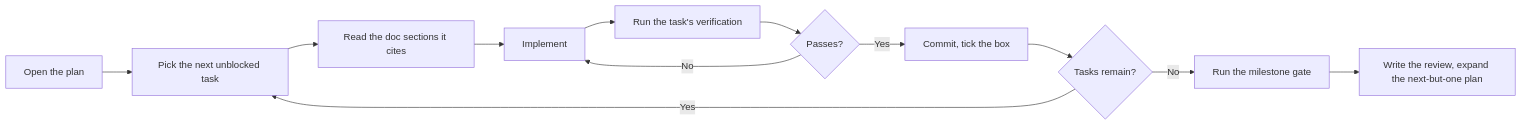
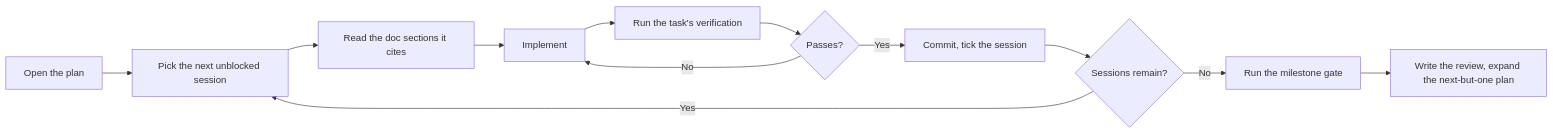
Before and after one commit to joshuaarnaez22/devquest: the first of 2 diagrams in plans/README.md, drawn with Mermaid. The commit also changed other lines of this file and 14 other files, not shown here.

````diff
--- a/plans/README.md
+++ b/plans/README.md
@@ -58,14 +58,14 @@
 ```mermaid
 flowchart LR
-    A[Open the plan] --> B[Pick the next unblocked task]
+    A[Open the plan] --> B[Pick the next unblocked session]
     B --> C[Read the doc sections it cites]
     C --> D[Implement]
     D --> E[Run the task's verification]
     E --> F{Passes?}
     F -->|No| D
-    F -->|Yes| G[Commit, tick the box]
-    G --> H{Tasks remain?}
+    F -->|Yes| G[Commit, tick the session]
+    G --> H{Sessions remain?}
     H -->|Yes| B
     H -->|No| I[Run the milestone gate]
     I --> J[Write the review, expand the next-but-one plan]
 ```
````
